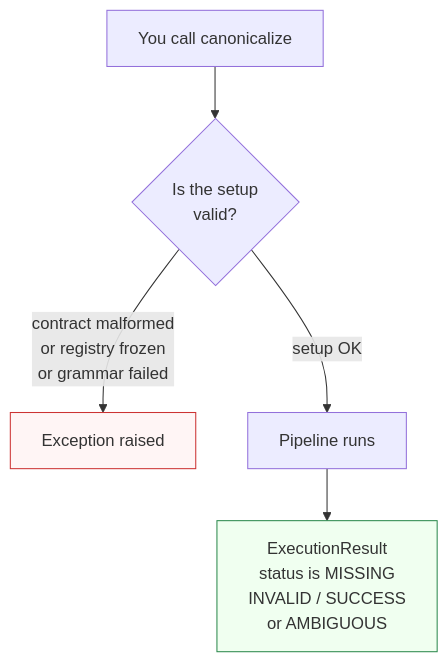
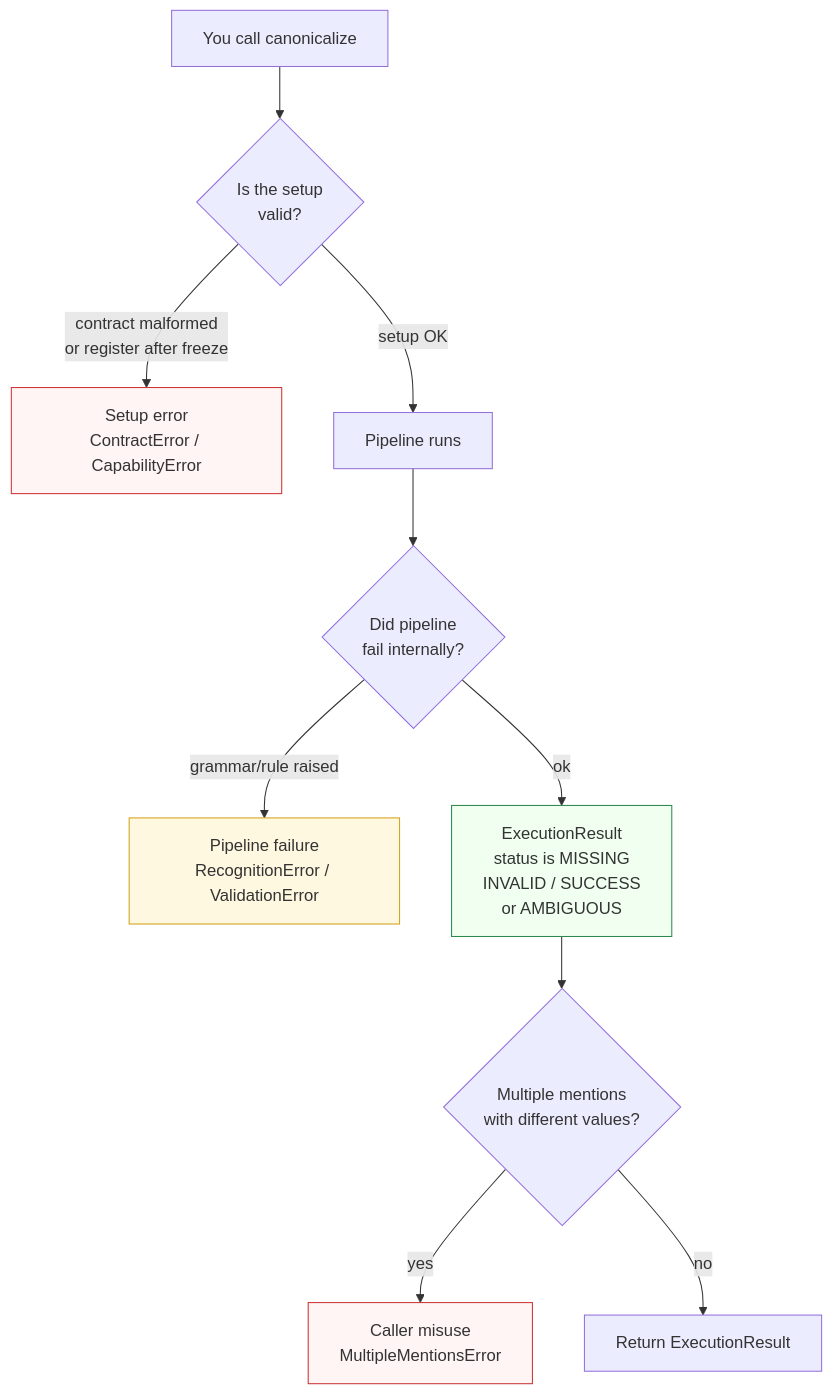
One commit to azaharizaman/paxman-python changed the diagram in docs/user/concepts/errors.md. Above: the diagram before and after it, drawn with Mermaid. The commit also changed other lines of this file and 11 other files, not shown here.

````diff
--- a/docs/user/concepts/errors.md
+++ b/docs/user/concepts/errors.md
@@ -9,10 +9,17 @@
 ```mermaid
 flowchart TB
     A[You call canonicalize] --> Q{Is the setup<br>valid?}
-    Q -->|contract malformed<br>or registry frozen<br>or grammar failed| E[Exception raised]
+    Q -->|contract malformed<br>or register after freeze| E1[Setup error<br>ContractError / CapabilityError]
     Q -->|setup OK| P[Pipeline runs]
-    P --> S[ExecutionResult<br>status is MISSING<br>INVALID / SUCCESS<br>or AMBIGUOUS]
+    P --> R{Did pipeline<br>fail internally?}
+    R -->|grammar/rule raised| E2[Pipeline failure<br>RecognitionError / ValidationError]
+    R -->|ok| S[ExecutionResult<br>status is MISSING<br>INVALID / SUCCESS<br>or AMBIGUOUS]
+    S --> M{Multiple mentions<br>with different values?}
+    M -->|yes| E3[Caller misuse<br>MultipleMentionsError]
+    M -->|no| OK[Return ExecutionResult]
 
-    style E fill:#fff5f5,stroke:#cc3333
+    style E1 fill:#fff5f5,stroke:#cc3333
+    style E2 fill:#fff8e1,stroke:#d4a017
+    style E3 fill:#fff5f5,stroke:#cc3333
     style S fill:#f0fff0,stroke:#2d8a4e
 ```
````
